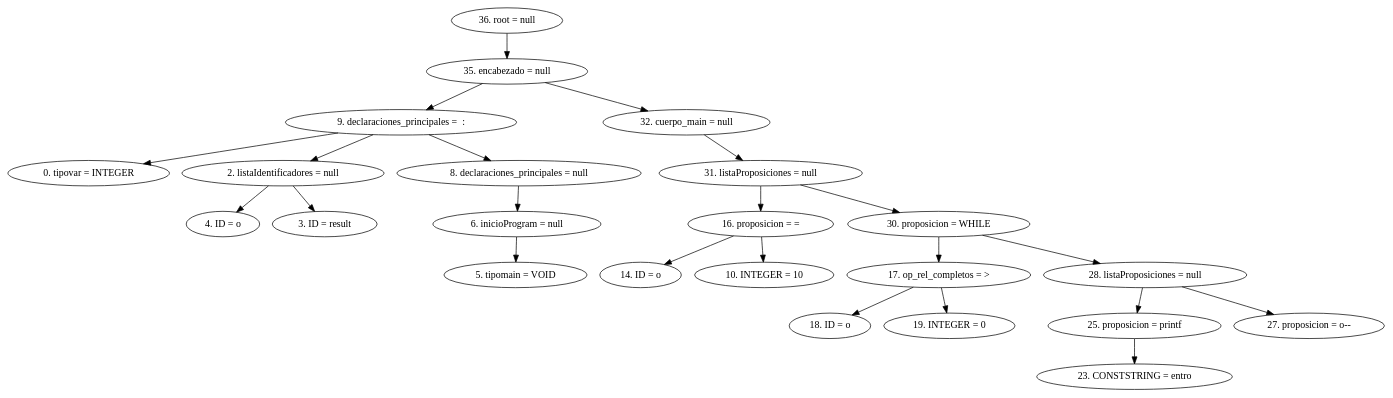
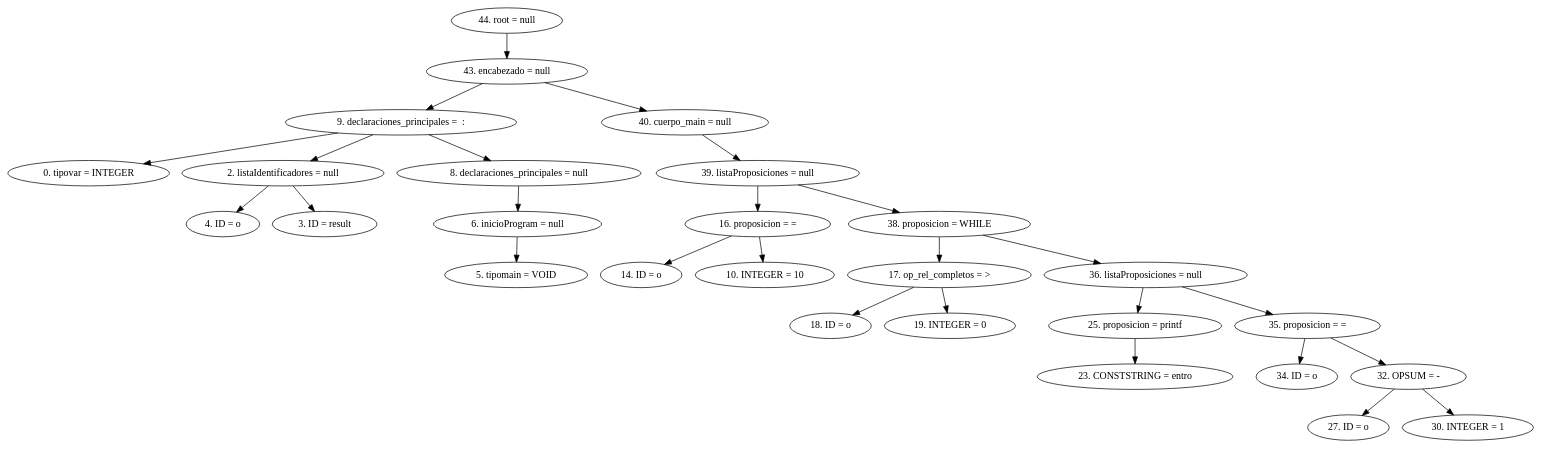
One commit to Luigy08/mini-c changed the diagram in src/AST.dot. Above: the diagram before and after it, drawn with Graphviz. The commit also changed 4 other files, not shown here.

```diff
--- a/src/AST.dot
+++ b/src/AST.dot
@@ -1,26 +1,30 @@
 digraph G {
-"36. root = null"->"35. encabezado = null"
-"35. encabezado = null"->"9. declaraciones_principales =  : "
+"44. root = null"->"43. encabezado = null"
+"43. encabezado = null"->"9. declaraciones_principales =  : "
 "9. declaraciones_principales =  : "->"0. tipovar = INTEGER"
 "9. declaraciones_principales =  : "->"2. listaIdentificadores = null"
 "2. listaIdentificadores = null"->"4. ID = o"
 "2. listaIdentificadores = null"->"3. ID = result"
 "9. declaraciones_principales =  : "->"8. declaraciones_principales = null"
 "8. declaraciones_principales = null"->"6. inicioProgram = null"
 "6. inicioProgram = null"->"5. tipomain = VOID"
-"35. encabezado = null"->"32. cuerpo_main = null"
-"32. cuerpo_main = null"->"31. listaProposiciones = null"
-"31. listaProposiciones = null"->"16. proposicion = ="
+"43. encabezado = null"->"40. cuerpo_main = null"
+"40. cuerpo_main = null"->"39. listaProposiciones = null"
+"39. listaProposiciones = null"->"16. proposicion = ="
 "16. proposicion = ="->"14. ID = o"
 "16. proposicion = ="->"10. INTEGER = 10"
-"31. listaProposiciones = null"->"30. proposicion = WHILE"
-"30. proposicion = WHILE"->"17. op_rel_completos = >"
+"39. listaProposiciones = null"->"38. proposicion = WHILE"
+"38. proposicion = WHILE"->"17. op_rel_completos = >"
 "17. op_rel_completos = >"->"18. ID = o"
 "17. op_rel_completos = >"->"19. INTEGER = 0"
-"30. proposicion = WHILE"->"28. listaProposiciones = null"
-"28. listaProposiciones = null"->"25. proposicion = printf"
+"38. proposicion = WHILE"->"36. listaProposiciones = null"
+"36. listaProposiciones = null"->"25. proposicion = printf"
 "25. proposicion = printf"->"23. CONSTSTRING = entro"
-"28. listaProposiciones = null"->"27. proposicion = o--"
+"36. listaProposiciones = null"->"35. proposicion = ="
+"35. proposicion = ="->"34. ID = o"
+"35. proposicion = ="->"32. OPSUM = -"
+"32. OPSUM = -"->"27. ID = o"
+"32. OPSUM = -"->"30. INTEGER = 1"
 
 
 }
```
